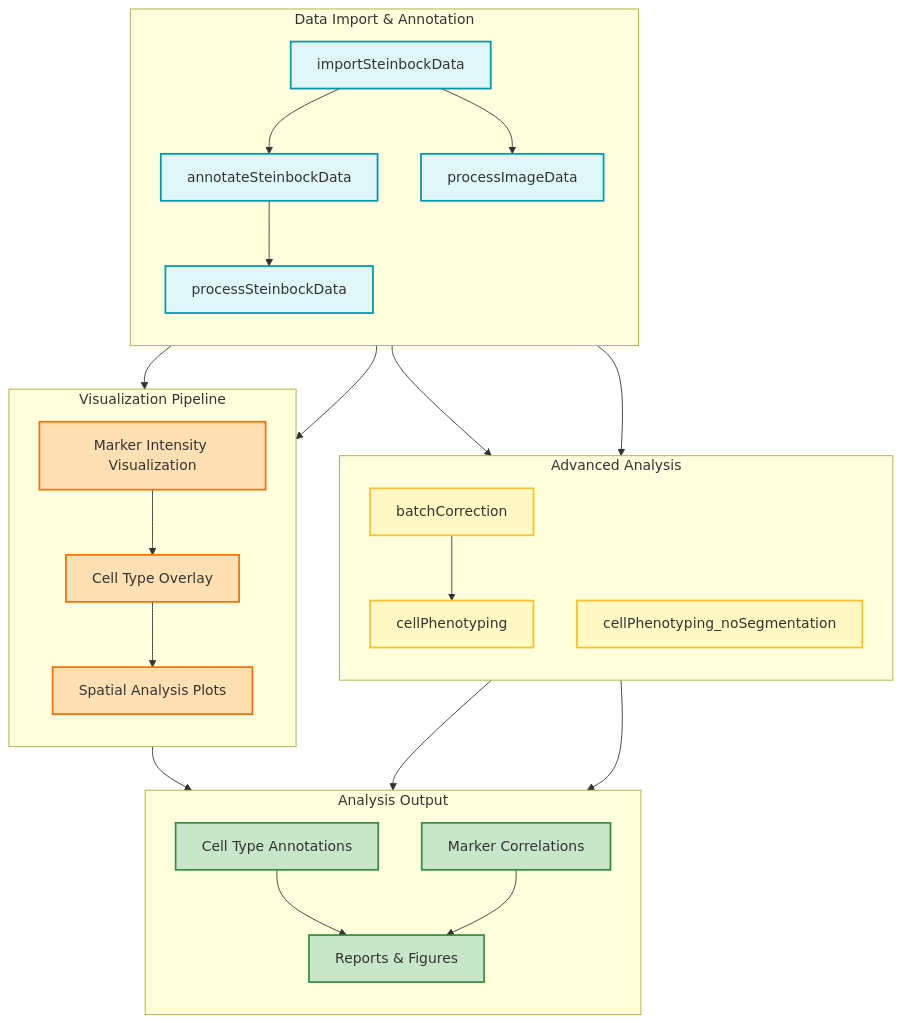
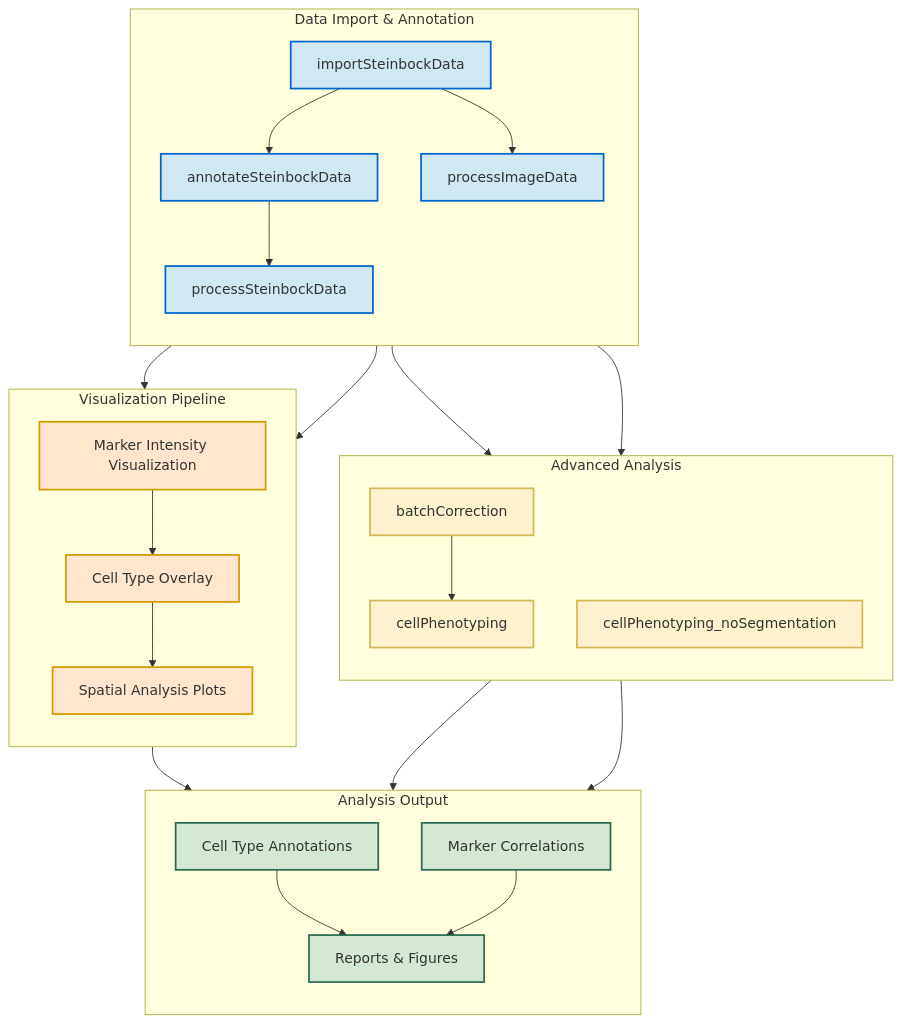
The diagram in README.md (ejmockler/IMC-workflow), drawn with Mermaid before and after one commit.

Commit message:
fix mermaid diagram contrast

````diff
--- a/README.md
+++ b/README.md
@@ -7,61 +7,61 @@
 ```mermaid
 flowchart TD
 
     %% -- Data Import & Annotation --
     subgraph Import[Data Import & Annotation]
         direction TB
         A1[importSteinbockData]:::inputNode
         A2[annotateSteinbockData]:::inputNode
         A3[processSteinbockData]:::inputNode
         A4[processImageData]:::inputNode
         
         A1 --> A2 --> A3
         A1 --> A4
     end
 
     %% -- Advanced Analysis --
     subgraph Analysis[Advanced Analysis]
         direction TB
         B1[batchCorrection]:::analysisNode
         B2[cellPhenotyping]:::analysisNode
         B3[cellPhenotyping_noSegmentation]:::analysisNode
         
         B1 --> B2
         A3 --> B1
         A4 --> B3
     end
 
     %% -- Visualization --
     subgraph Visual[Visualization Pipeline]
         direction TB
         C1[Marker Intensity Visualization]:::visualNode
         C2[Cell Type Overlay]:::visualNode
         C3[Spatial Analysis Plots]:::visualNode
         
         C1 --> C2 --> C3
     end
 
     %% -- Output --
     subgraph Output[Analysis Output]
         direction TB
         D1[Cell Type Annotations]:::outputNode
         D2[Marker Correlations]:::outputNode
         D3[Reports & Figures]:::outputNode
         
         D1 --> D3
         D2 --> D3
     end
 
     %% Connections between phases
     A3 --> C1
     A4 --> C1
     B2 --> D1
     B3 --> D2
     C3 --> D3
 
     %% Style Definitions
-    classDef inputNode fill:#e0f7fa,stroke:#0097a7,stroke-width:2px;
-    classDef analysisNode fill:#FFF9C4,stroke:#FBC02D,stroke-width:2px;
-    classDef visualNode fill:#FFE0B2,stroke:#FF6F00,stroke-width:2px;
-    classDef outputNode fill:#C8E6C9,stroke:#388E3C,stroke-width:2px;
+    classDef inputNode fill:#d0e8f2,stroke:#0066cc,stroke-width:2px,color:#333333;
+    classDef analysisNode fill:#fff2cc,stroke:#d6b656,stroke-width:2px,color:#333333;
+    classDef visualNode fill:#ffe6cc,stroke:#d79b00,stroke-width:2px,color:#333333;
+    classDef outputNode fill:#d5e8d4,stroke:#2d6a4f,stroke-width:2px,color:#333333;
 ```
````
